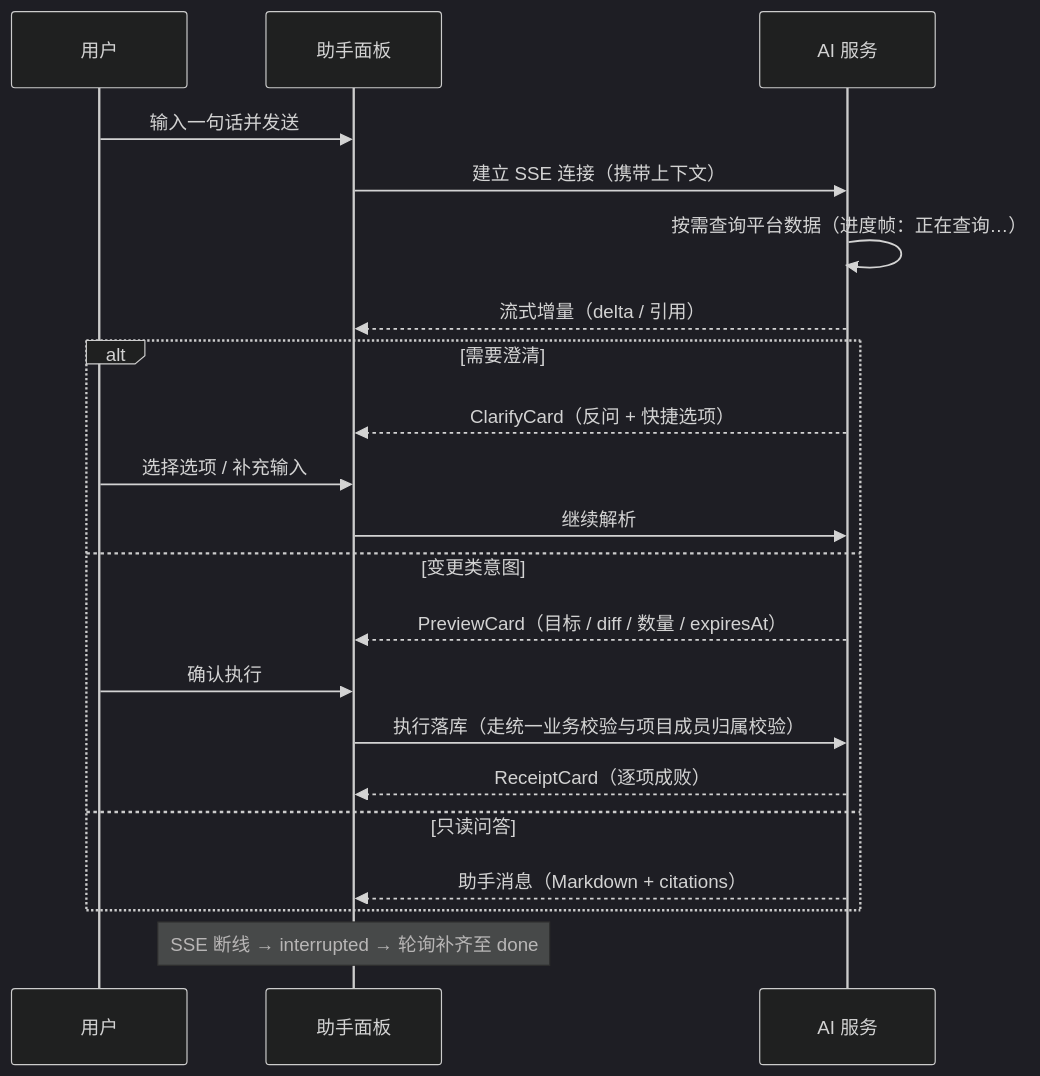
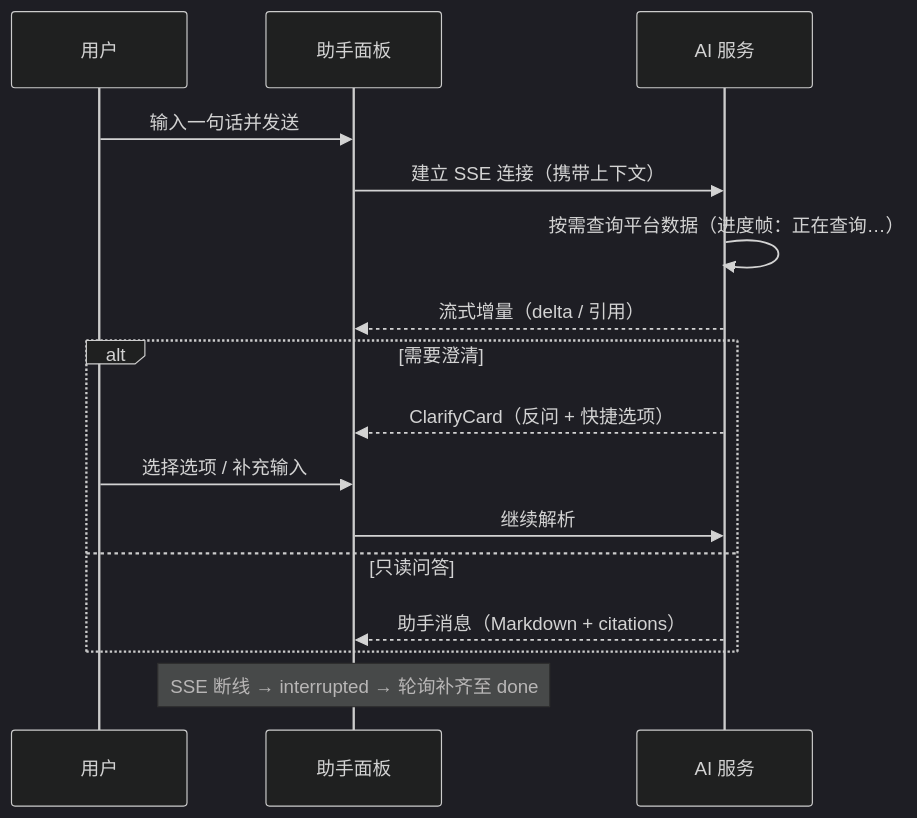
Before and after one commit to XiaoMiSum/robotest: the diagram in docs/05-interaction-design/07-ai-capability/05-ai-assistant-ui.md, drawn with Mermaid (dark theme). The commit also changed other lines of this file and 8 other files, not shown here.

````diff
--- a/docs/05-interaction-design/07-ai-capability/05-ai-assistant-ui.md
+++ b/docs/05-interaction-design/07-ai-capability/05-ai-assistant-ui.md
@@ -87,23 +81,18 @@
 ```mermaid
 sequenceDiagram
   participant U as 用户
   participant A as 助手面板
   participant S as AI 服务
   U->>A: 输入一句话并发送
   A->>S: 建立 SSE 连接（携带上下文）
   S->>S: 按需查询平台数据（进度帧：正在查询…）
   S-->>A: 流式增量（delta / 引用）
   alt 需要澄清
     S-->>A: ClarifyCard（反问 + 快捷选项）
     U->>A: 选择选项 / 补充输入
     A->>S: 继续解析
-  else 变更类意图
-    S-->>A: PreviewCard（目标 / diff / 数量 / expiresAt）
-    U->>A: 确认执行
-    A->>S: 执行落库（走统一业务校验与项目成员归属校验）
-    S-->>A: ReceiptCard（逐项成败）
   else 只读问答
     S-->>A: 助手消息（Markdown + citations）
   end
   Note over A: SSE 断线 → interrupted → 轮询补齐至 done
 ```
````
